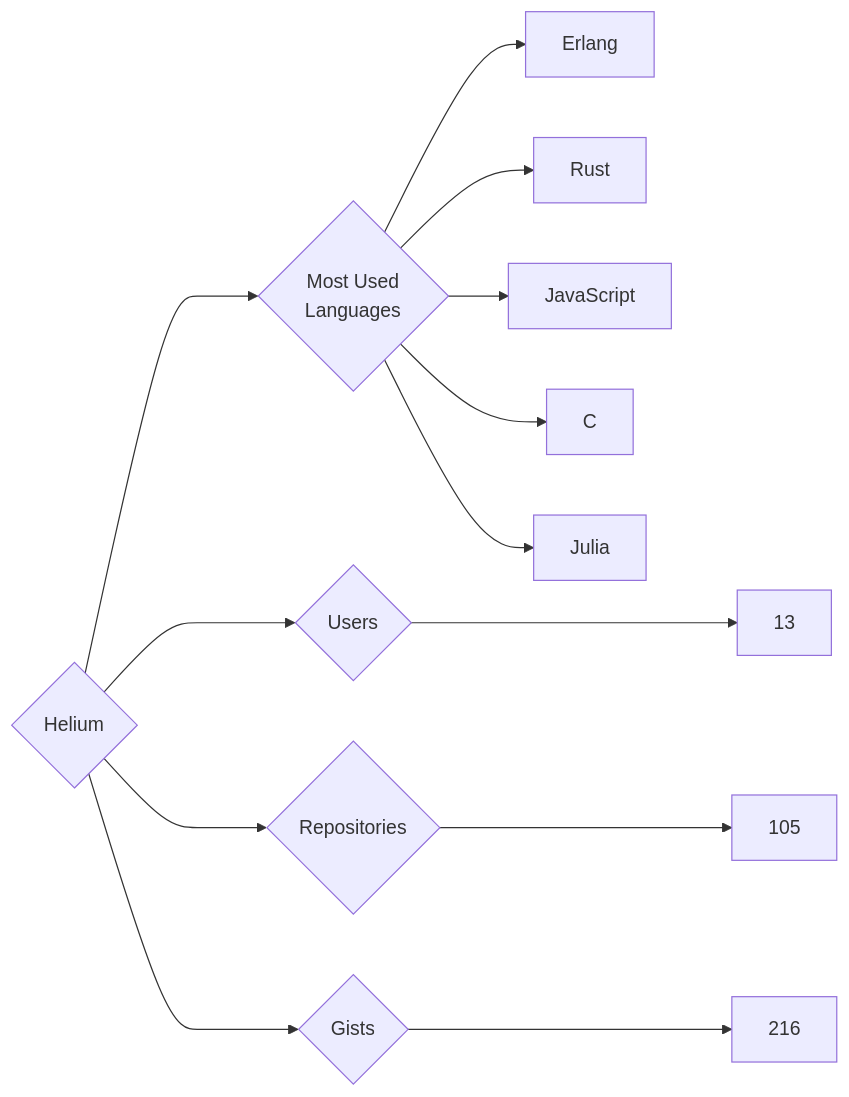
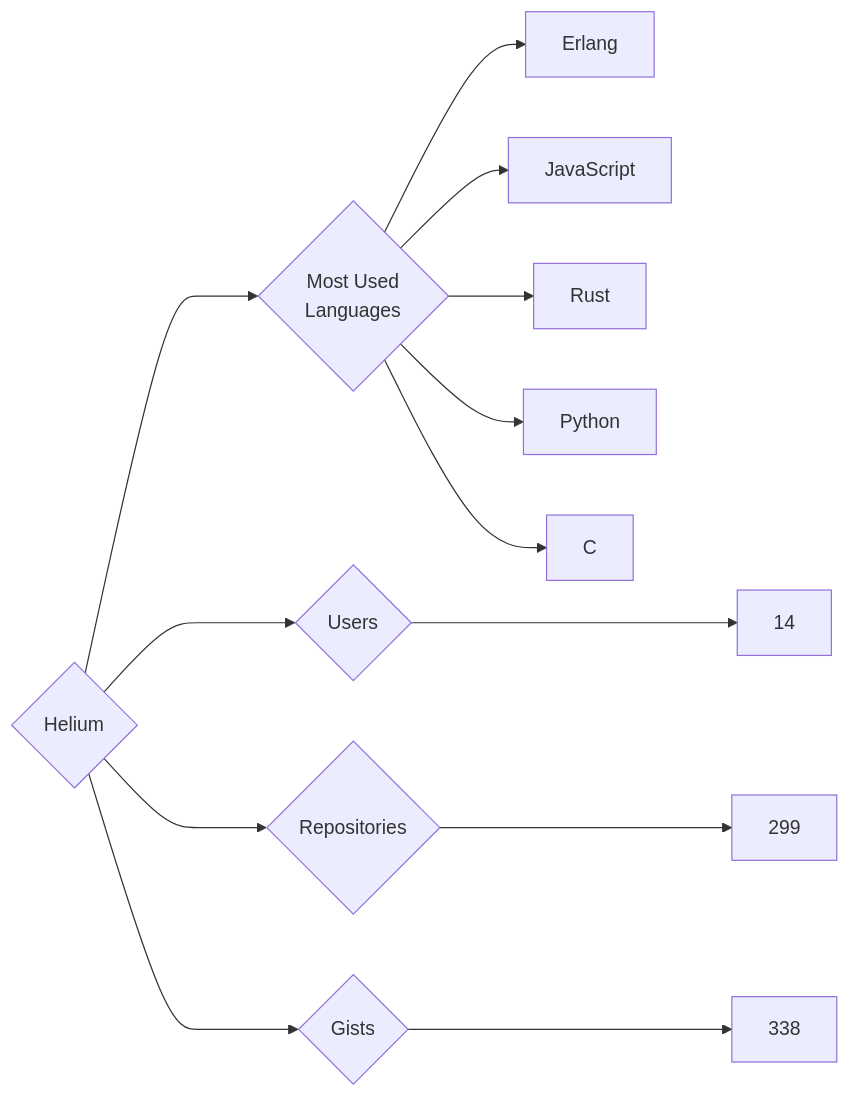
Before and after one commit to trickest/insiders: the diagram in targets/Helium/README.md, drawn with Mermaid. The commit also changed 934 other files, not shown here.

````diff
--- a/targets/Helium/README.md
+++ b/targets/Helium/README.md
@@ -3,13 +3,13 @@
 ```mermaid
 graph LR
 COMPANY_NAME{Helium}
-COMPANY_NAME ---> U{Users} ---> UN[13]
-COMPANY_NAME ---> R{Repositories} ---> RN[105]
-COMPANY_NAME ---> G{Gists} ---> GN[216]
+COMPANY_NAME ---> U{Users} ---> UN[14]
+COMPANY_NAME ---> R{Repositories} ---> RN[299]
+COMPANY_NAME ---> G{Gists} ---> GN[338]
 COMPANY_NAME ---> ML{Most Used<br>Languages}
 ML --> Erlang[Erlang]
+ML --> JavaScript[JavaScript]
 ML --> Rust[Rust]
-ML --> JavaScript[JavaScript]
+ML --> Python[Python]
 ML --> C[C]
-ML --> Julia[Julia]
 ```
````
